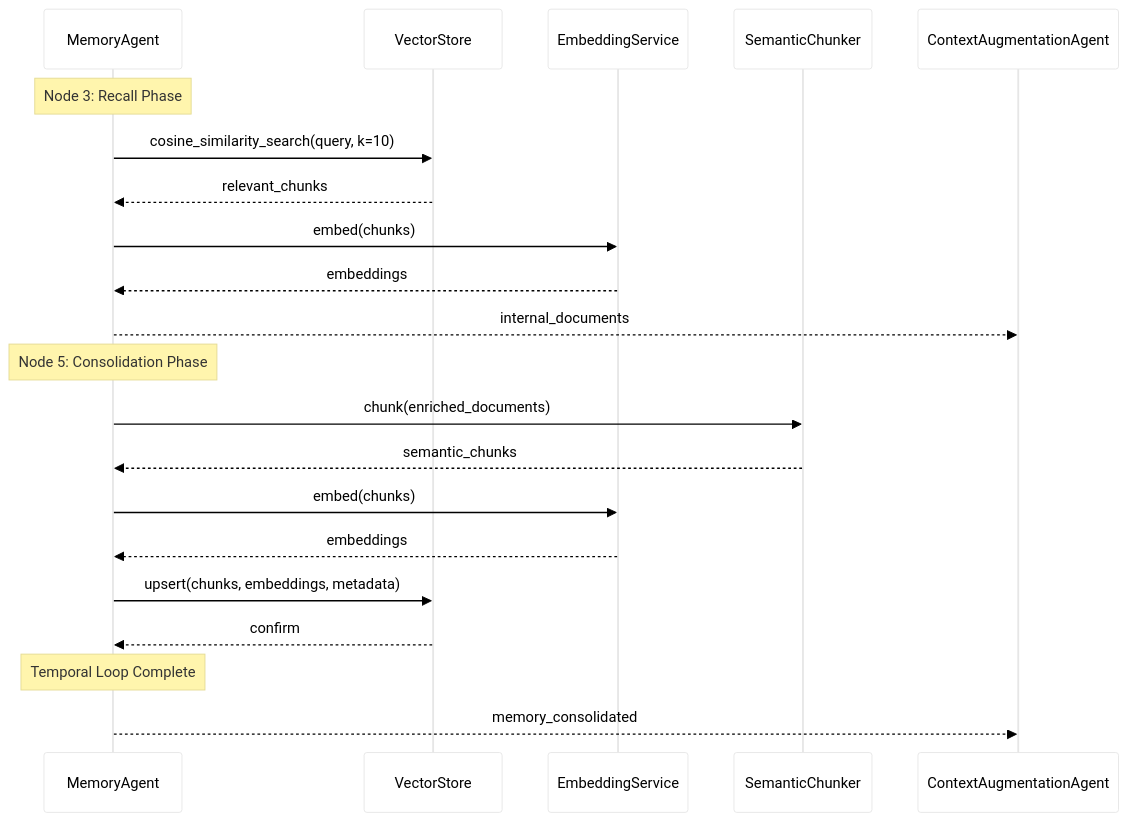
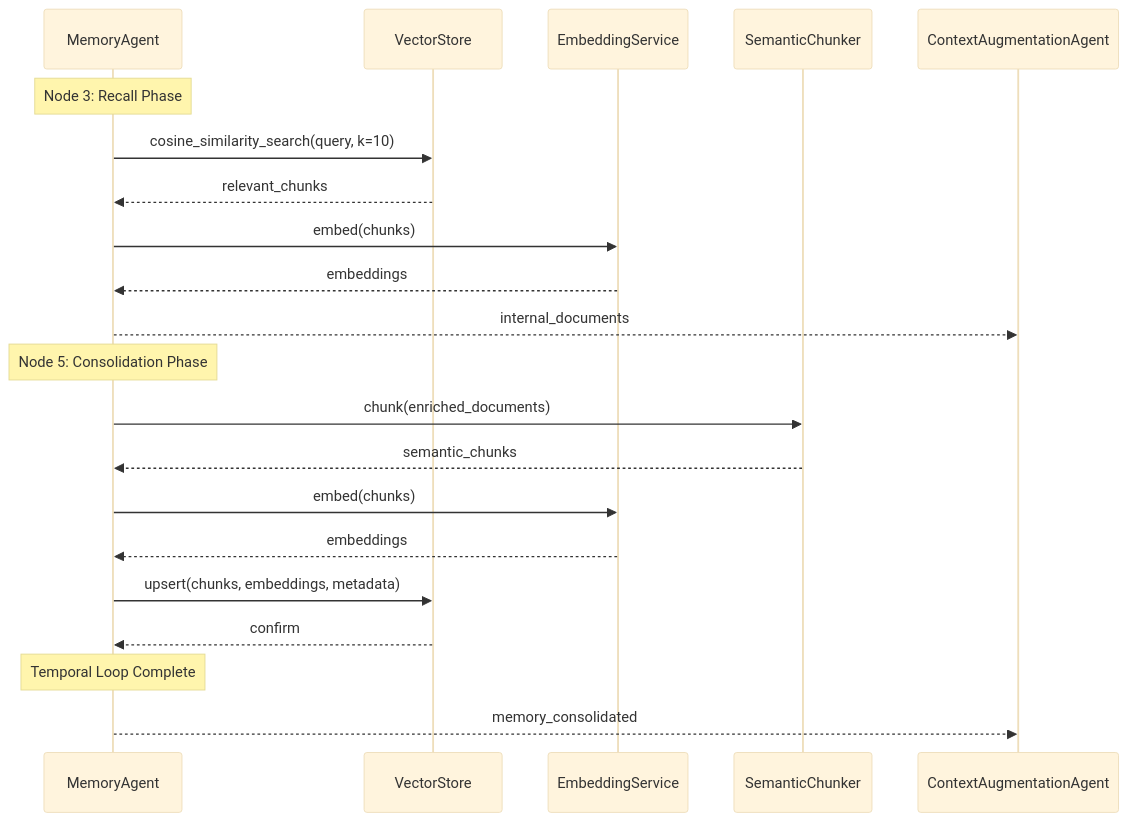
The eighth of 8 diagrams in docs/ARCHITECTURE.md (donyelqt/Hinaing), drawn with Mermaid before and after one commit. The commit also changed other lines of this file, not shown here.

First line of the commit message:
docs(architecture): simplify Mermaid diagram theme configurations

````diff
--- a/docs/ARCHITECTURE.md
+++ b/docs/ARCHITECTURE.md
@@ -636,32 +598,29 @@
 ```mermaid
 %%{init: {'theme': 'base', 'themeVariables': {
-  'primaryColor': '#ffffff',
-  'primaryTextColor': '#000000',
-  'secondaryColor': '#f0f0f0',
   'primaryFontSize': '13px',
   'secondaryFontSize': '11px'
-}}}%%
+ }}}%%
 sequenceDiagram
     participant MA as MemoryAgent
     participant VS as VectorStore
     participant ES as EmbeddingService
     participant SC as SemanticChunker
 
     Note over MA: Node 3: Recall Phase
     MA->>VS: cosine_similarity_search(query, k=10)
     VS-->>MA: relevant_chunks
     MA->>ES: embed(chunks)
     ES-->>MA: embeddings
     MA-->>ContextAugmentationAgent: internal_documents
 
     Note over MA: Node 5: Consolidation Phase
     MA->>SC: chunk(enriched_documents)
     SC-->>MA: semantic_chunks
     MA->>ES: embed(chunks)
     ES-->>MA: embeddings
     MA->>VS: upsert(chunks, embeddings, metadata)
     VS-->>MA: confirm
 
     Note over MA: Temporal Loop Complete
     MA-->>ContextAugmentationAgent: memory_consolidated
 ```
````
